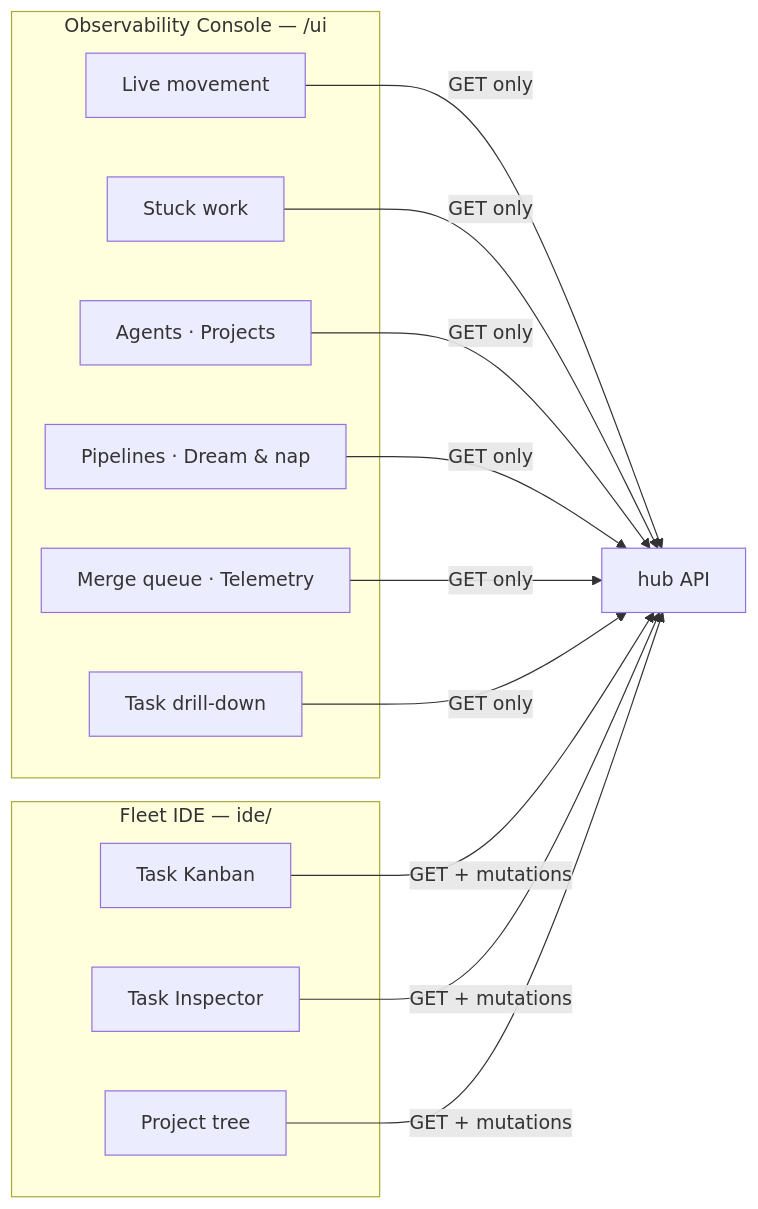
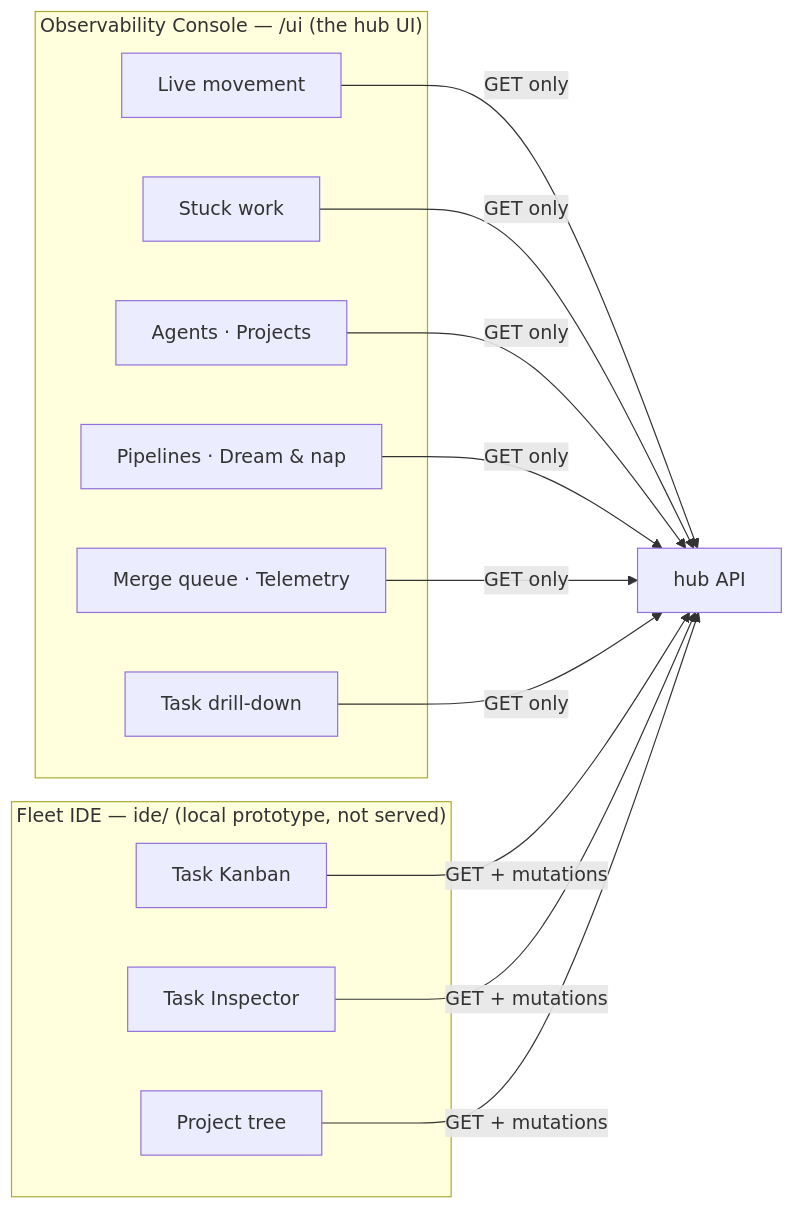
The diagram in docs/guide/04-ui.md (jordanhubbard/mac), drawn with Mermaid before and after one commit. The commit also changed other lines of this file and 9 other files, not shown here.

````diff
--- a/docs/guide/04-ui.md
+++ b/docs/guide/04-ui.md
@@ -6,19 +12,19 @@
 ```mermaid
 graph LR
-    subgraph "Observability Console — /ui"
+    subgraph "Observability Console — /ui (the hub UI)"
         C1["Live movement"]
         C2["Stuck work"]
         C3["Agents · Projects"]
         C4["Pipelines · Dream & nap"]
         C5["Merge queue · Telemetry"]
         C6["Task drill-down"]
     end
-    subgraph "Fleet IDE — ide/"
+    subgraph "Fleet IDE — ide/ (local prototype, not served)"
         I1["Task Kanban"]
         I2["Task Inspector"]
         I3["Project tree"]
     end
     API["hub API"]
     C1 & C2 & C3 & C4 & C5 & C6 -->|GET only| API
     I1 & I2 & I3 -->|GET + mutations| API
 ```
````
